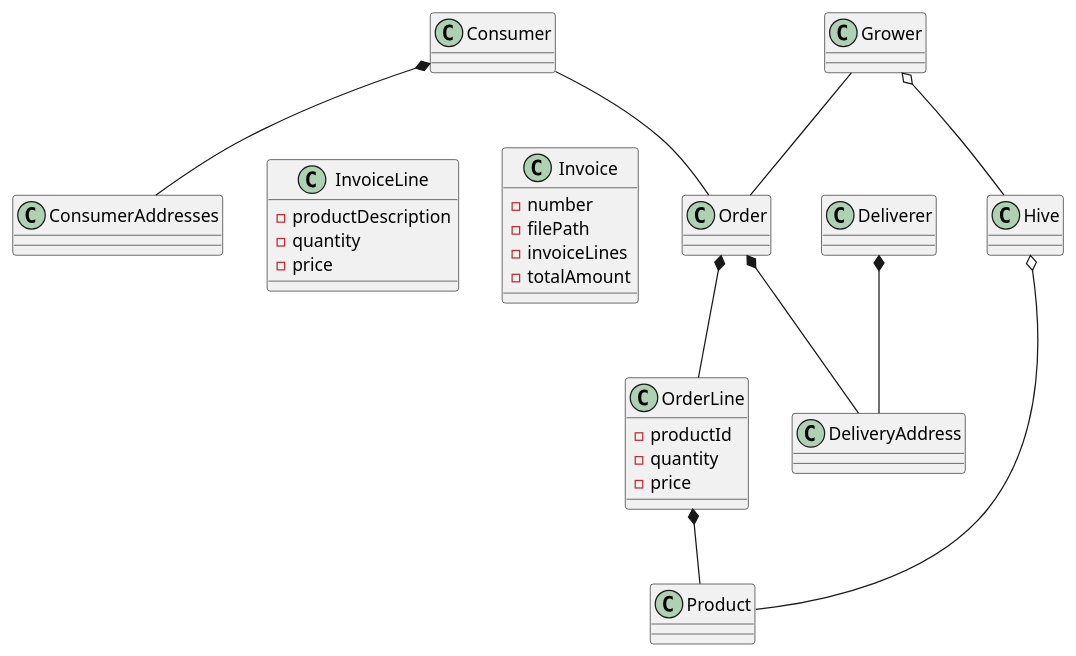
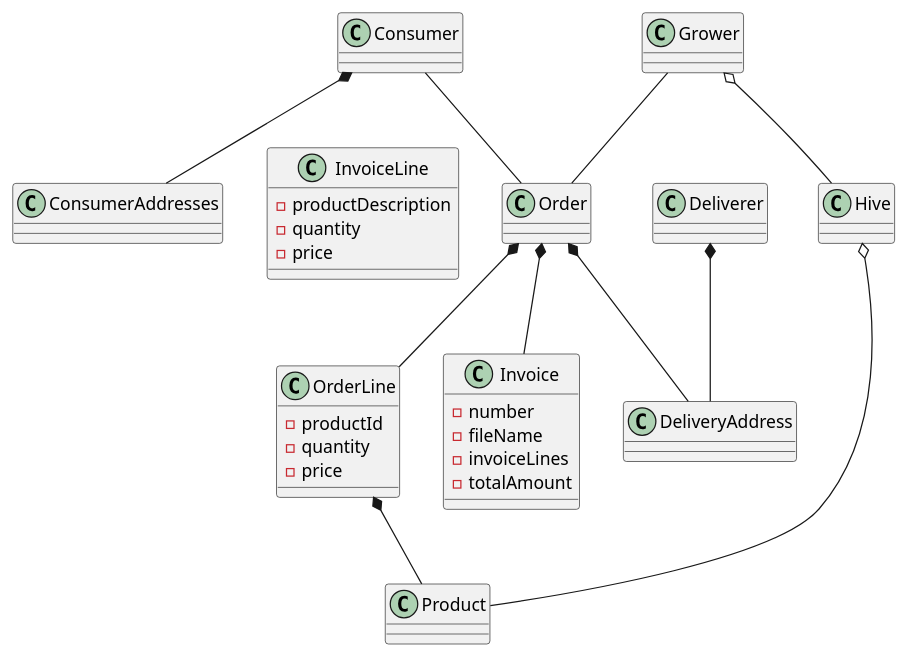
Before and after one commit to buba71/breengrow-backend: the diagram in uml/entities.puml, drawn with PlantUML. The commit also changed 29 other files, not shown here.

```diff
--- a/uml/entities.puml
+++ b/uml/entities.puml
@@ -1,60 +1,62 @@
 @startuml
 class Consumer
 class ConsumerAddresses
 
 class Grower
 class Hive
 class Deliverer
 
 
 class DeliveryAddress
 
 Together {
 class Order
 class OrderLine {
     - productId
     - quantity
     - price
 }
 class Product
 class Invoice {
     - number
-    - filePath
+    - fileName
     - invoiceLines
     - totalAmount
 }
 
 class InvoiceLine {
     - productDescription
     - quantity
     - price
 }
 
 }
 
 Together {
 class DeliveryAddress
 class Deliverer
 }
 
 Consumer *-- ConsumerAddresses
 Grower o-- Hive
 
 Order *-- OrderLine
 
 Hive o-- Product
 
+Order *-- Invoice
+
 OrderLine *-- Product
 
 Consumer -- Order
 
 Grower -- Order
 
 Order *-- DeliveryAddress
 
 Deliverer *-- DeliveryAddress
 
 
 
 
 @enduml
```
